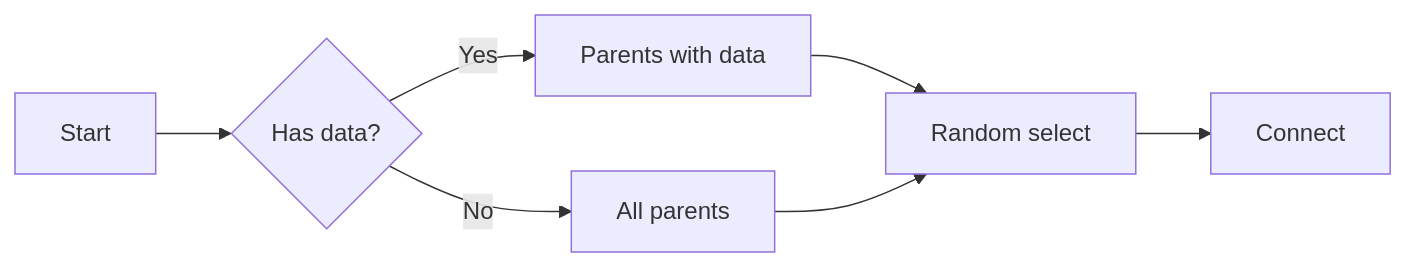
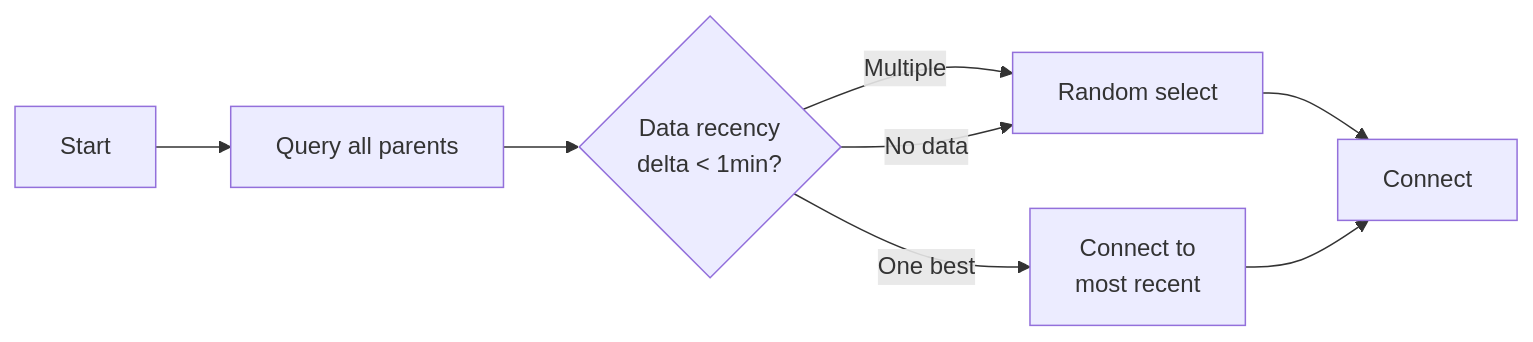
The first of 2 diagrams in docs/streaming-routing.md (netdata/netdata), drawn with Mermaid before and after one commit. The commit also changed other lines of this file, not shown here.

````diff
--- a/docs/streaming-routing.md
+++ b/docs/streaming-routing.md
@@ -17,9 +17,10 @@
 ```mermaid
 graph LR
-    A[Start] --> B{Has data?}
-    B -->|Yes| C[Parents with data]
-    B -->|No| D[All parents]
-    C --> E[Random select]
-    D --> E
-    E --> F[Connect]
+    A[Start] --> B[Query all parents]
+    B --> C{Data recency<br/>delta < 1min?}
+    C -->|Multiple| D[Random select]
+    C -->|One best| E[Connect to<br/>most recent]
+    C -->|No data| D
+    D --> F[Connect]
+    E --> F
 ```
````
